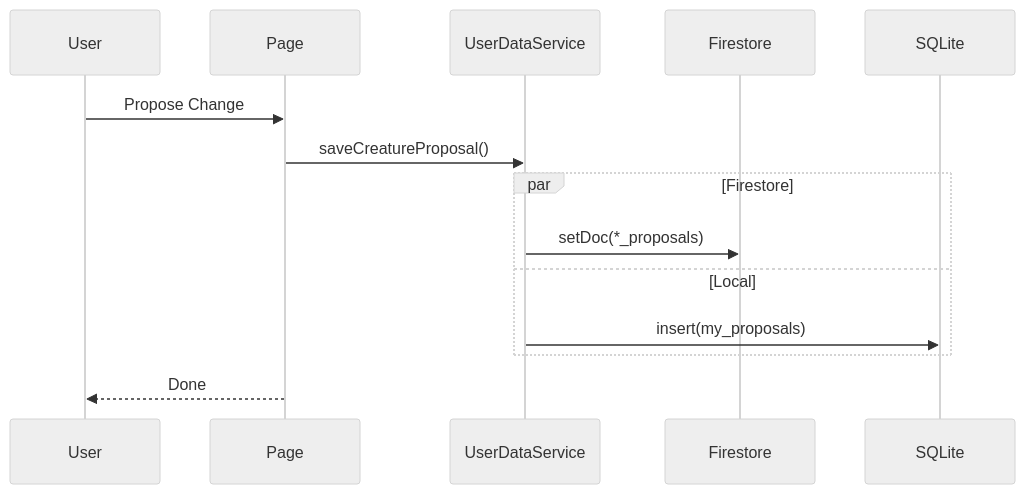
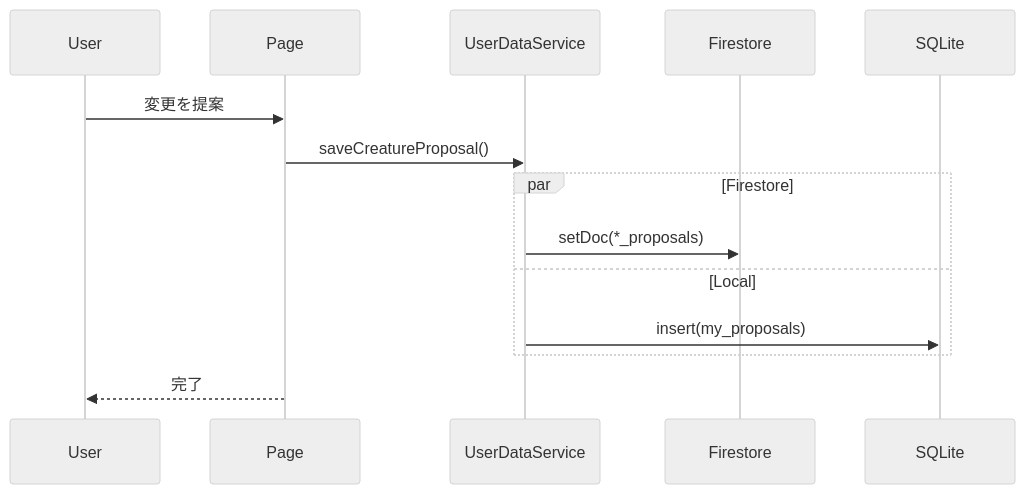
The seventh of 8 diagrams in DATABASE_DESIGN.md (cloud-solutions-ttakeuchi/wedive), drawn with Mermaid (neutral theme) before and after one commit. The commit also changed other lines of this file, not shown here.

````diff
--- a/DATABASE_DESIGN.md
+++ b/DATABASE_DESIGN.md
@@ -745,17 +759,17 @@
 ```mermaid
 sequenceDiagram
     participant User
     participant Page
     participant UDS as UserDataService
     participant FS as Firestore
     participant SQLite
 
-    User->>Page: Propose Change
+    User->>Page: 変更を提案
     Page->>UDS: saveCreatureProposal()
     par Firestore
         UDS->>FS: setDoc(*_proposals)
     and Local
         UDS->>SQLite: insert(my_proposals)
     end
-    Page-->>User: Done
+    Page-->>User: 完了
 ```
````
